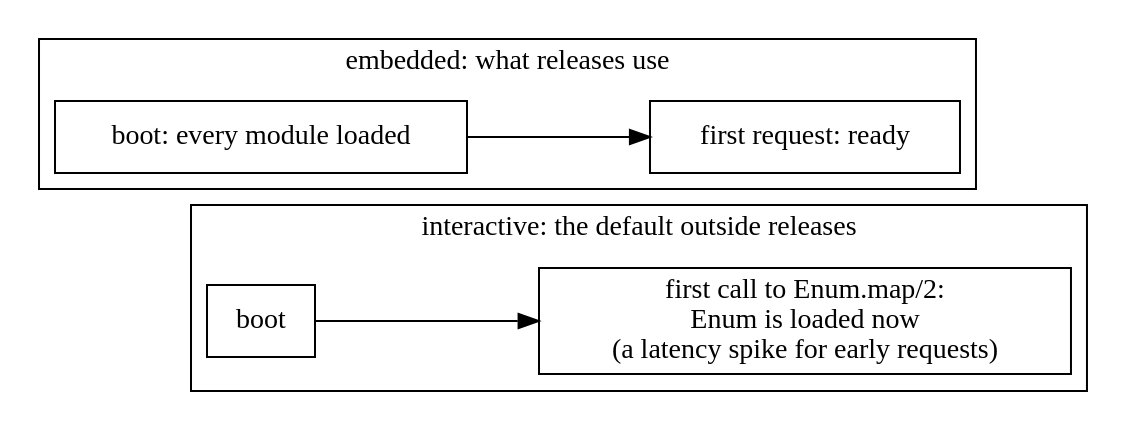
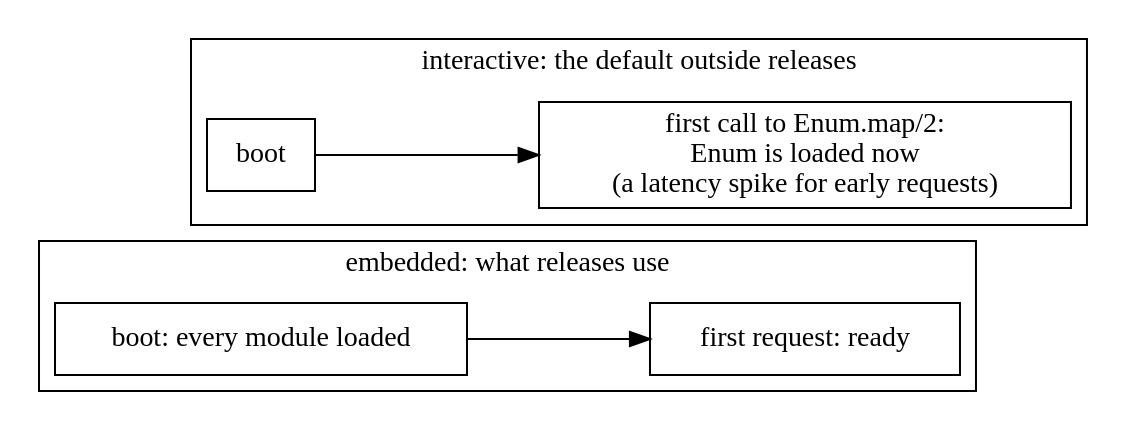
One commit to danceinthefake/visualixir changed the diagram in docs/diagrams/releases/code-loading.dot. Above: the diagram before and after it, drawn with Graphviz. The commit also changed other lines of this file and 13 other files, not shown here.

First line of the commit message:
Put diagram clusters in reading order

```diff
--- a/docs/diagrams/releases/code-loading.dot
+++ b/docs/diagrams/releases/code-loading.dot
@@ -1,16 +1,16 @@
 digraph code_loading {
   rankdir=LR
   node [shape=box]
+  subgraph cluster_emb {
+    label="embedded: what releases use"
+    e1 [label="boot: every module loaded"]
+    e2 [label="first request: ready" class=hl]
+    e1 -> e2
+  }
   subgraph cluster_int {
     label="interactive: the default outside releases"
     i1 [label="boot"]
     i2 [label="first call to Enum.map/2:\nEnum is loaded now\n(a latency spike for early requests)"]
     i1 -> i2
   }
-  subgraph cluster_emb {
-    label="embedded: what releases use"
-    e1 [label="boot: every module loaded"]
-    e2 [label="first request: ready" class=hl]
-    e1 -> e2
-  }
 }
```
